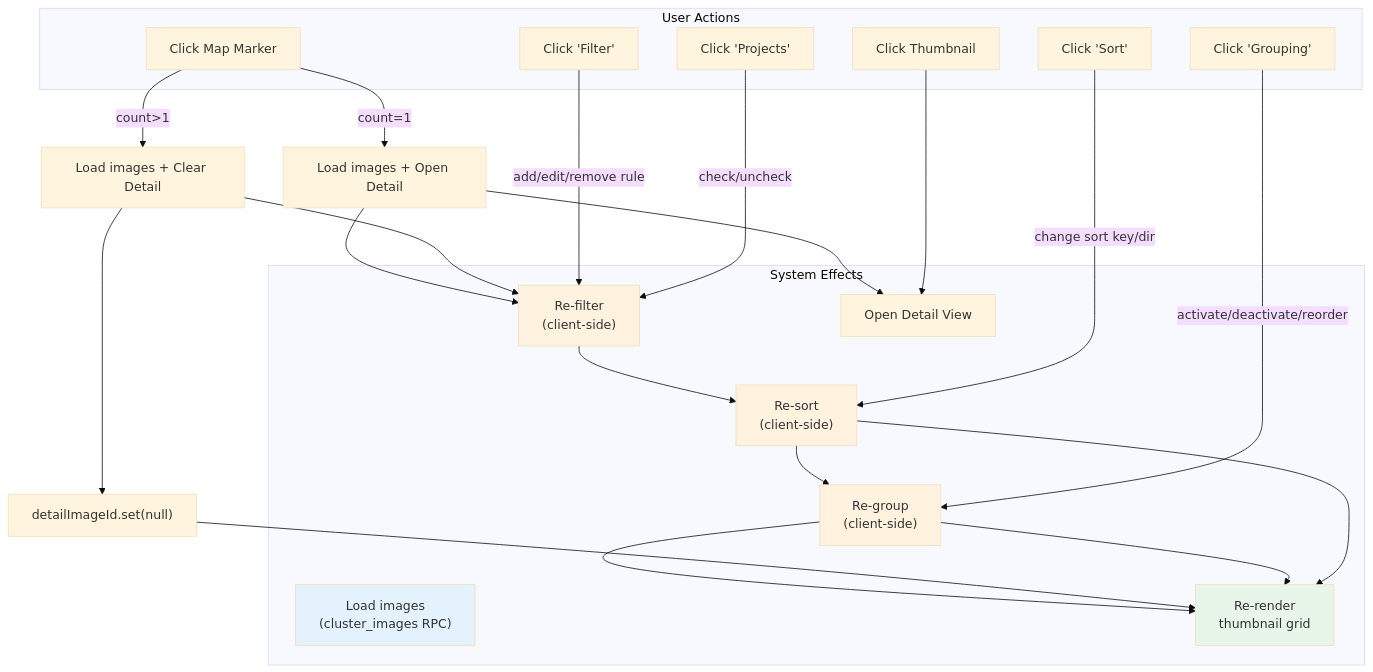
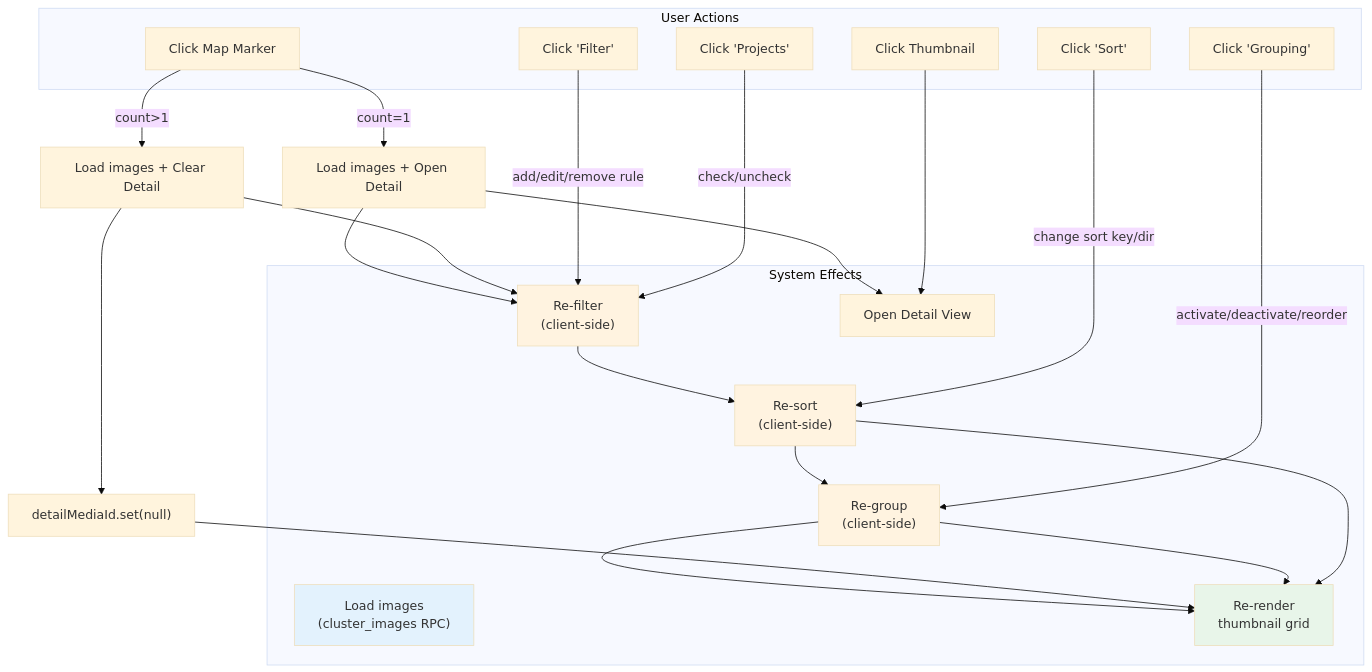
The sixth of 7 diagrams in docs/element-specs/workspace-view-system.md (matkleve/feldpost), drawn with Mermaid (base theme) before and after one commit. The commit also changed other lines of this file and 19 other files, not shown here.

First line of the commit message:
refactor: update references from imageId to mediaId across documentation

````diff
--- a/docs/element-specs/workspace-view-system.md
+++ b/docs/element-specs/workspace-view-system.md
@@ -398,44 +398,44 @@
 ```mermaid
 flowchart TD
     subgraph UserActions["User Actions"]
         ClickMarker["Click Map Marker"]
         ClickGroup["Click 'Grouping'"]
         ClickSort["Click 'Sort'"]
         ClickFilter["Click 'Filter'"]
         ClickProjects["Click 'Projects'"]
         ClickThumb["Click Thumbnail"]
     end
 
     subgraph Effects["System Effects"]
         LoadImages["Load images\n(cluster_images RPC)"]
         ReGroup["Re-group\n(client-side)"]
         ReSort["Re-sort\n(client-side)"]
         ReFilter["Re-filter\n(client-side)"]
         ReRender["Re-render\nthumbnail grid"]
         OpenDetail["Open Detail View"]
     end
 
     ClickMarker -->|"count=1"| LoadAndDetail["Load images + Open Detail"]
     ClickMarker -->|"count>1"| ClusterFlow["Load images + Clear Detail"]
     LoadAndDetail --> ReFilter --> ReSort --> ReGroup --> ReRender
     LoadAndDetail --> OpenDetail
-    ClusterFlow --> ClearDetail["detailImageId.set(null)"]
+    ClusterFlow --> ClearDetail["detailMediaId.set(null)"]
     ClusterFlow --> ReFilter
     ClearDetail --> ReRender
 
     ClickGroup -->|"activate/deactivate/reorder"| ReGroup
     ClickSort -->|"change sort key/dir"| ReSort
     ClickFilter -->|"add/edit/remove rule"| ReFilter
     ClickProjects -->|"check/uncheck"| ReFilter
 
     ClickThumb --> OpenDetail
 
     ReGroup --> ReRender
     ReSort --> ReRender
 
     style LoadImages fill:#e3f2fd
     style ReFilter fill:#fff3e0
     style ReSort fill:#fff3e0
     style ReGroup fill:#fff3e0
     style ReRender fill:#e8f5e9
 ```
````
